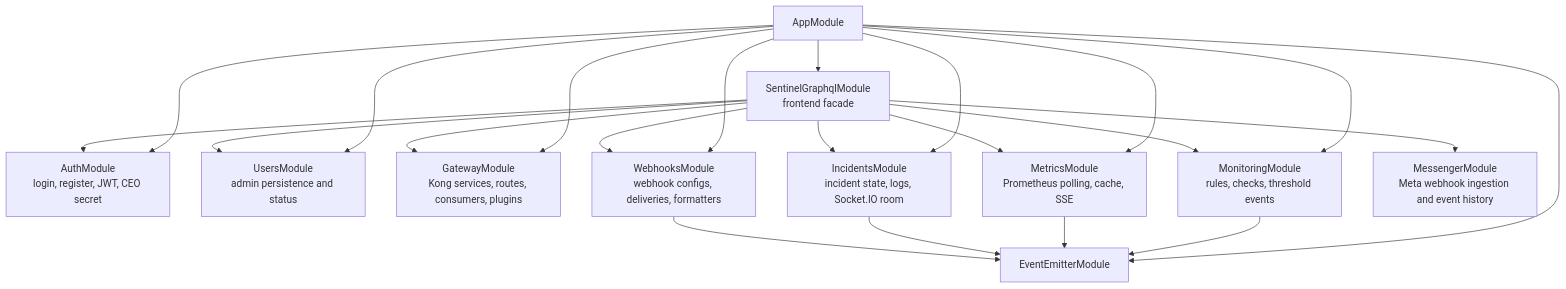
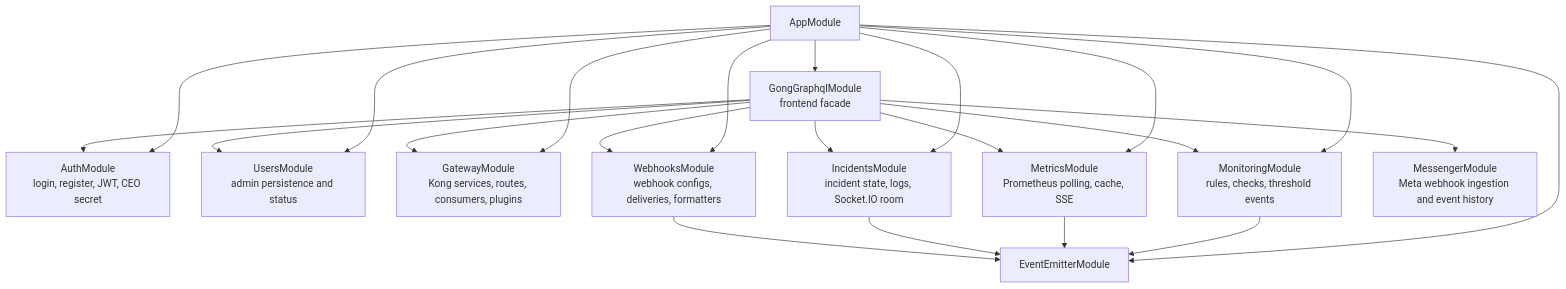
The fourth of 17 diagrams in ARCHITECTUR.md (WEB-TEAM-2526-GL3/Gong-Gateway), drawn with Mermaid before and after one commit. The commit also changed other lines of this file and 17 other files, not shown here.

````diff
--- a/ARCHITECTUR.md
+++ b/ARCHITECTUR.md
@@ -157,39 +157,39 @@
 ```mermaid
 flowchart TB
   App[AppModule]
   EventBus[EventEmitterModule]
 
   App --> Auth
   App --> Users
   App --> Gateway
   App --> Incidents
   App --> Monitoring
   App --> Metrics
   App --> Webhooks
   App --> GraphQL
   App --> EventBus
 
   Auth[AuthModule\nlogin, register, JWT, CEO secret]
   Users[UsersModule\nadmin persistence and status]
   Gateway[GatewayModule\nKong services, routes, consumers, plugins]
   Incidents[IncidentsModule\nincident state, logs, Socket.IO room]
   Monitoring[MonitoringModule\nrules, checks, threshold events]
   Metrics[MetricsModule\nPrometheus polling, cache, SSE]
   Webhooks[WebhooksModule\nwebhook configs, deliveries, formatters]
   Messenger[MessengerModule\nMeta webhook ingestion and event history]
-  GraphQL[SentinelGraphqlModule\nfrontend facade]
+  GraphQL[GongGraphqlModule\nfrontend facade]
 
   GraphQL --> Auth
   GraphQL --> Users
   GraphQL --> Gateway
   GraphQL --> Incidents
   GraphQL --> Monitoring
   GraphQL --> Metrics
   GraphQL --> Webhooks
   GraphQL --> Messenger
 
   Monitoring --> EventBus
   Metrics --> EventBus
   Incidents --> EventBus
   Webhooks --> EventBus
 ```
````
